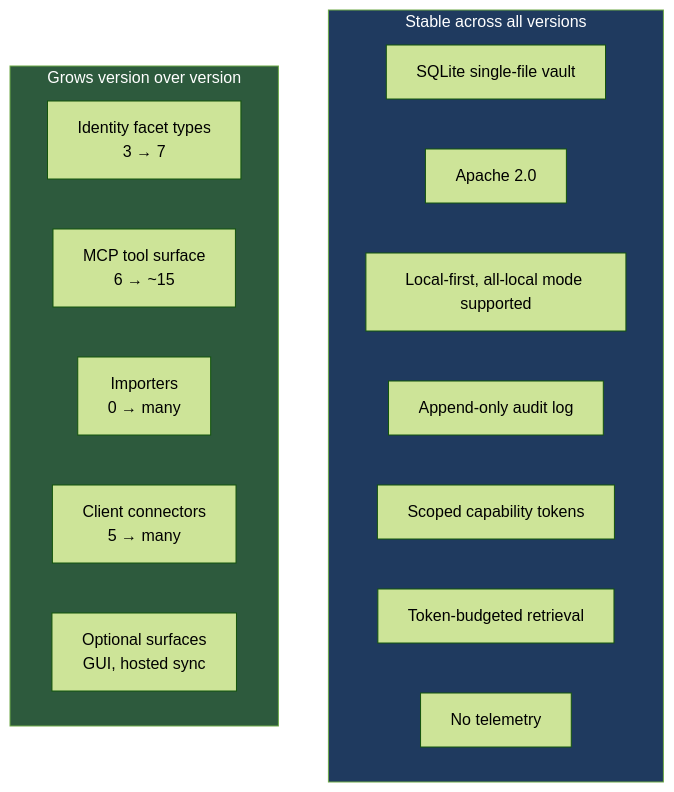
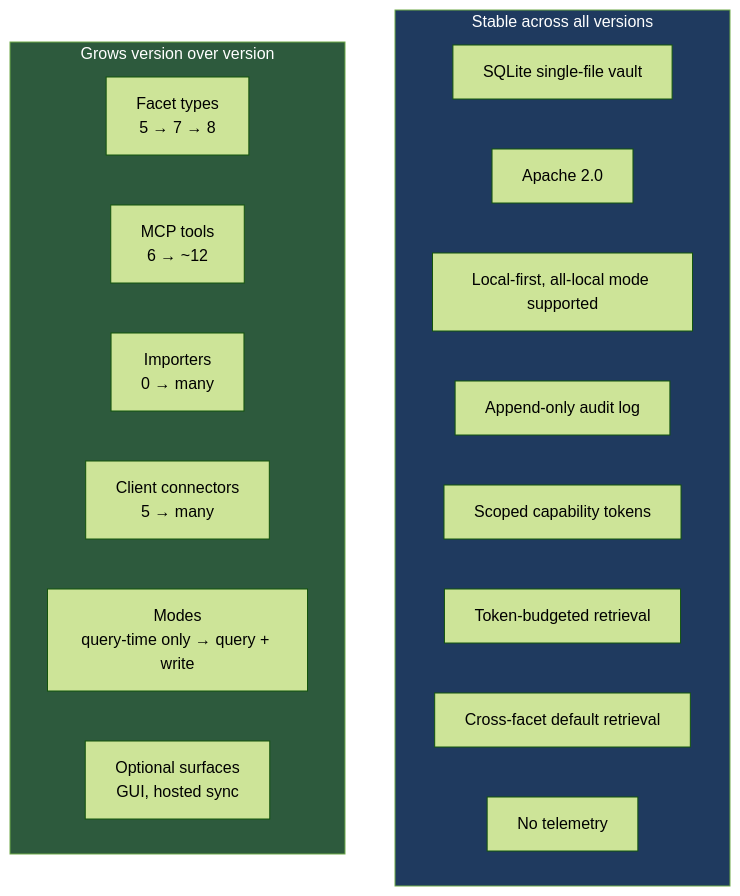
Before and after one commit to Mathews-Tom/Tessera: the second of 2 diagrams in docs/release-spec.md, drawn with Mermaid (forest theme). The commit also changed other lines of this file and 24 other files, not shown here.

````diff
--- a/docs/release-spec.md
+++ b/docs/release-spec.md
@@ -445,23 +397,25 @@
 ```mermaid
 graph TB
   subgraph Stable["Stable across all versions"]
     SQLITE[SQLite single-file vault]
     APACHE[Apache 2.0]
     LOCAL[Local-first, all-local mode supported]
     AUDIT[Append-only audit log]
     SCOPED[Scoped capability tokens]
     BUDGET[Token-budgeted retrieval]
+    XFACET[Cross-facet default retrieval]
     NOTLM[No telemetry]
   end
 
   subgraph Grows["Grows version over version"]
-    FACETS[Identity facet types<br/>3 → 7]
-    TOOLS[MCP tool surface<br/>6 → ~15]
+    FACETS[Facet types<br/>5 → 7 → 8]
+    TOOLS[MCP tools<br/>6 → ~12]
     IMPORTERS[Importers<br/>0 → many]
     CONNECTORS[Client connectors<br/>5 → many]
+    MODES[Modes<br/>query-time only → query + write]
     OPT[Optional surfaces<br/>GUI, hosted sync]
   end
 
   style Stable fill:#1f3a5f,color:#fff
   style Grows fill:#2d5a3d,color:#fff
 ```
````
